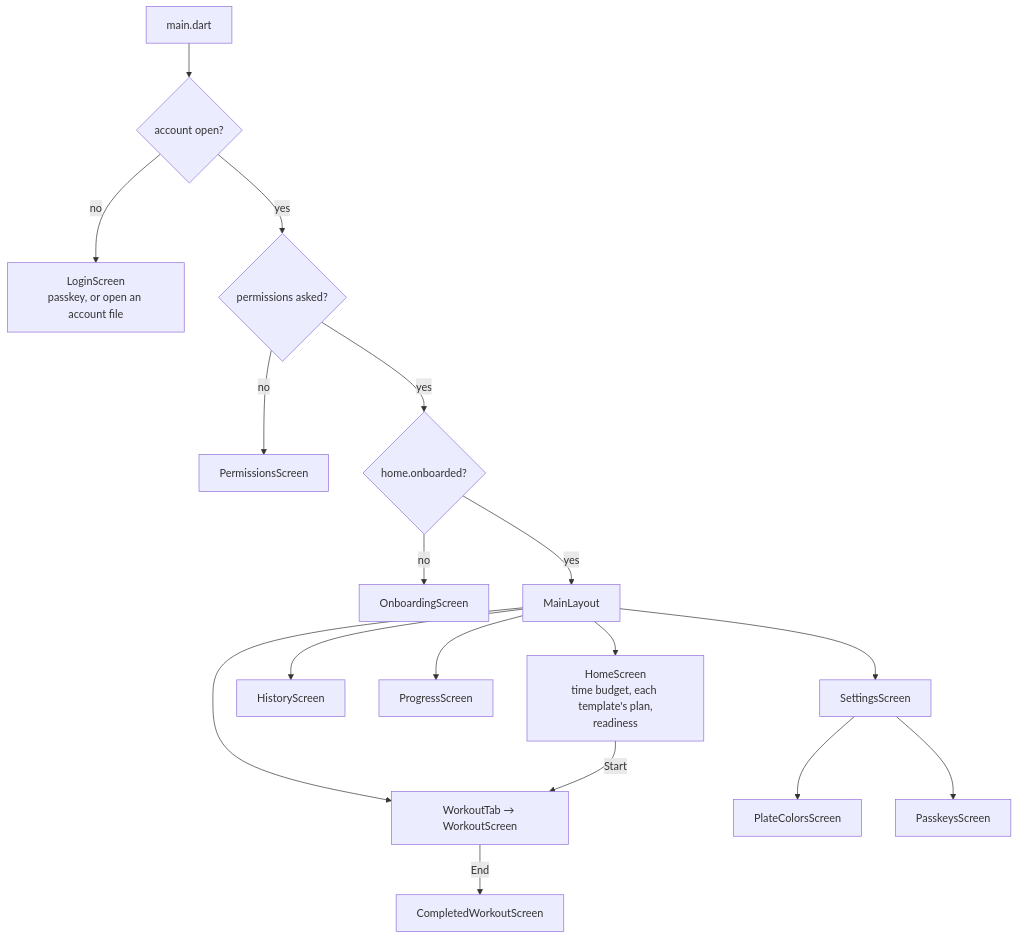
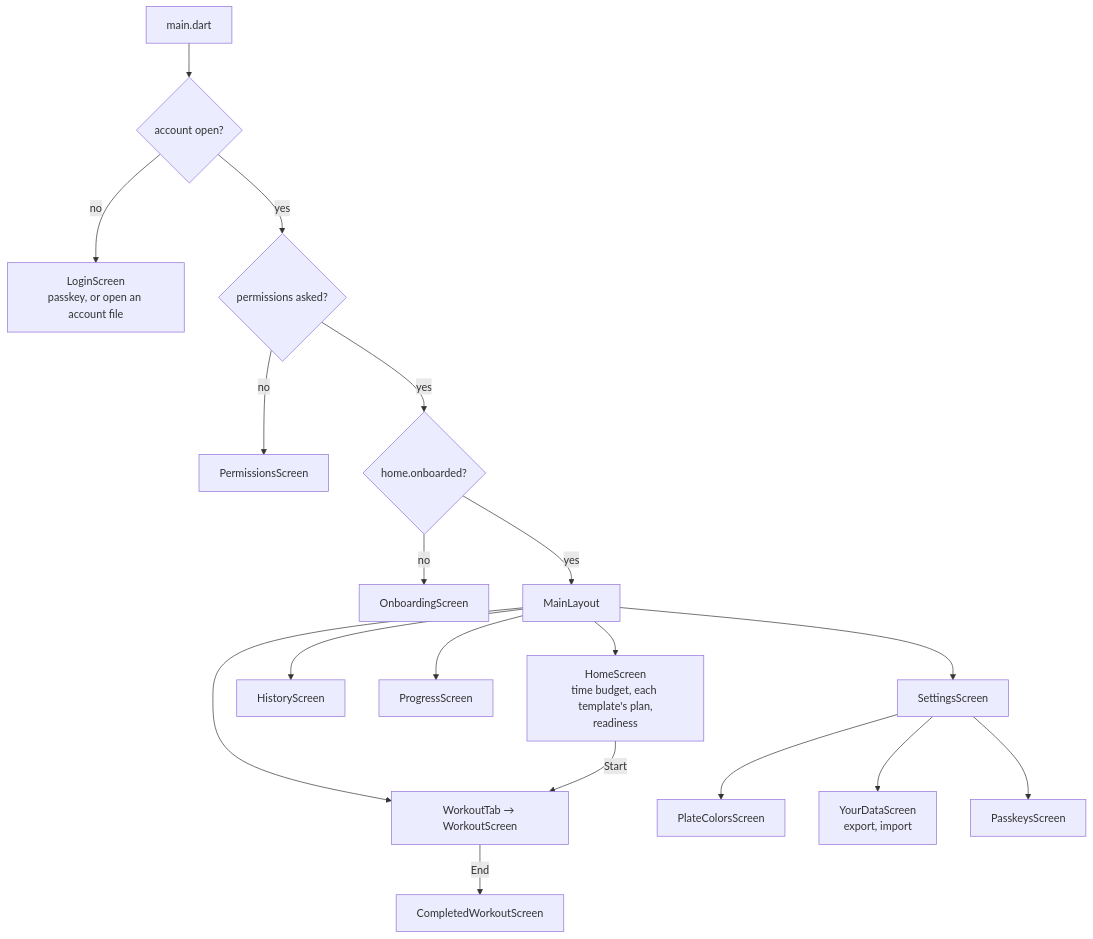
The fifth of 6 diagrams in docs/architecture/app.md (brensch/lift), drawn with Mermaid before and after one commit. The commit also changed other lines of this file and 46 other files, not shown here.

````diff
--- a/docs/architecture/app.md
+++ b/docs/architecture/app.md
@@ -153,21 +171,22 @@
 ```mermaid
 graph TD
     boot["main.dart"] --> auth{"account open?"}
     auth -->|no| login["LoginScreen<br/>passkey, or open an account file"]
     auth -->|yes| perms{"permissions asked?"}
     perms -->|no| permissions["PermissionsScreen"]
     perms -->|yes| onb{"home.onboarded?"}
     onb -->|no| onboarding["OnboardingScreen"]
     onb -->|yes| shell["MainLayout"]
 
     shell --> home["HomeScreen<br/>time budget, each template's plan,<br/>readiness"]
     shell --> workout["WorkoutTab → WorkoutScreen"]
     shell --> history["HistoryScreen"]
     shell --> progress["ProgressScreen"]
     shell --> settings["SettingsScreen"]
 
     home -->|"Start"| workout
     workout -->|"End"| completed["CompletedWorkoutScreen"]
     settings --> plates["PlateColorsScreen"]
+    settings --> data["YourDataScreen<br/>export, import"]
     settings --> passkeys["PasskeysScreen"]
 ```
````
